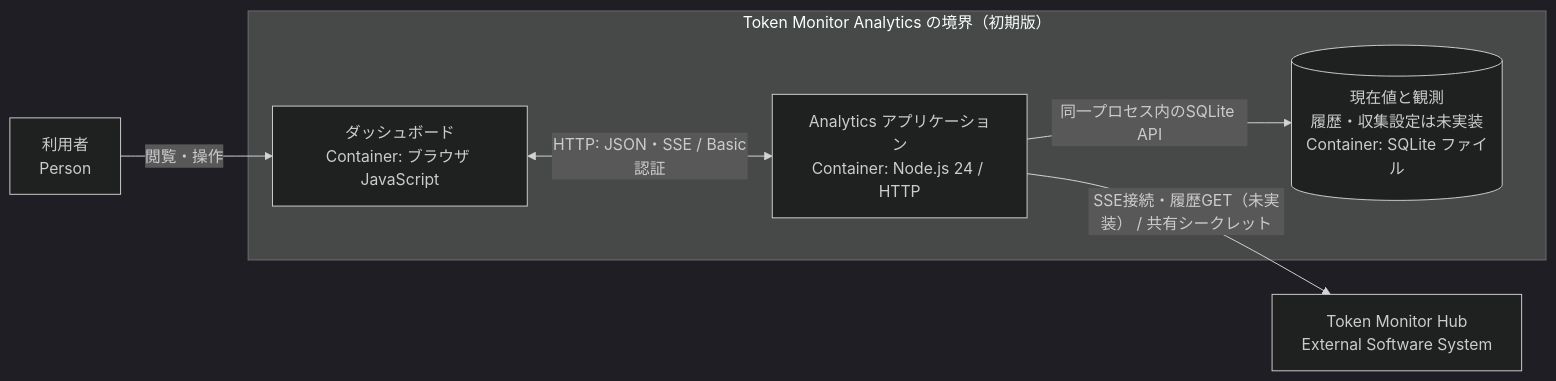
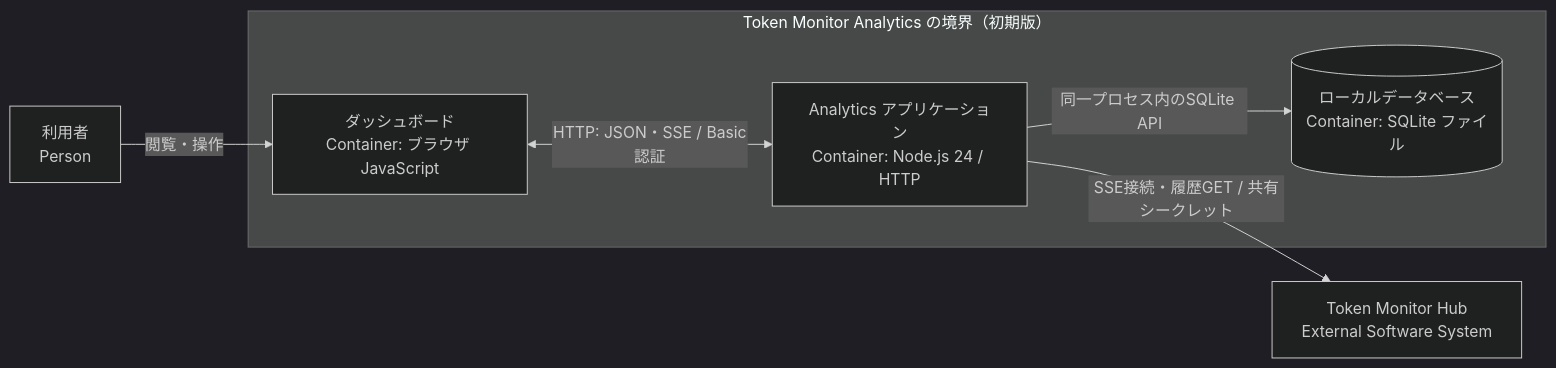
One commit to nuitsjp/token-monitor-analytics changed the second of 4 diagrams in docs/architecture.md. Above: the diagram before and after it, drawn with Mermaid (dark theme). The commit also changed other lines of this file and 12 other files, not shown here.

````diff
--- a/docs/architecture.md
+++ b/docs/architecture.md
@@ -68,14 +67,14 @@
 ```mermaid
 flowchart LR
     User["利用者<br/>Person"]
     Hub["Token Monitor Hub<br/>External Software System"]
     subgraph System["Token Monitor Analytics の境界（初期版）"]
         Browser["ダッシュボード<br/>Container: ブラウザ JavaScript"]
         App["Analytics アプリケーション<br/>Container: Node.js 24 / HTTP"]
-        DB[("現在値と観測<br/>履歴・収集設定は未実装<br/>Container: SQLite ファイル")]
+        DB[("ローカルデータベース<br/>Container: SQLite ファイル")]
     end
     User -->|閲覧・操作| Browser
     Browser <-->|HTTP: JSON・SSE / Basic認証| App
-    App -->|SSE接続・履歴GET（未実装） / 共有シークレット| Hub
+    App -->|SSE接続・履歴GET / 共有シークレット| Hub
     App -->|同一プロセス内のSQLite API| DB
 ```
````
